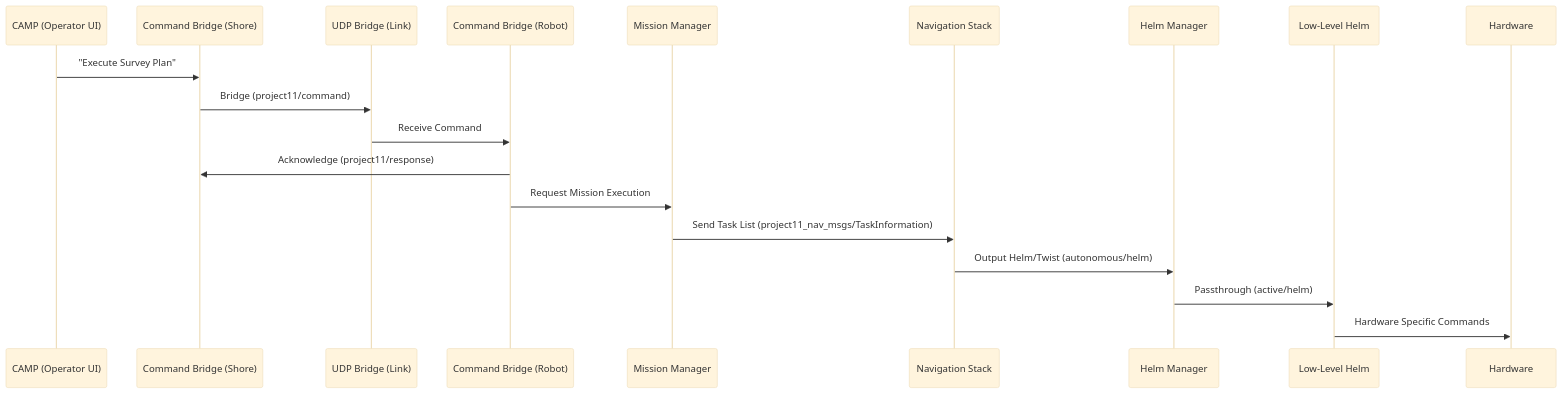
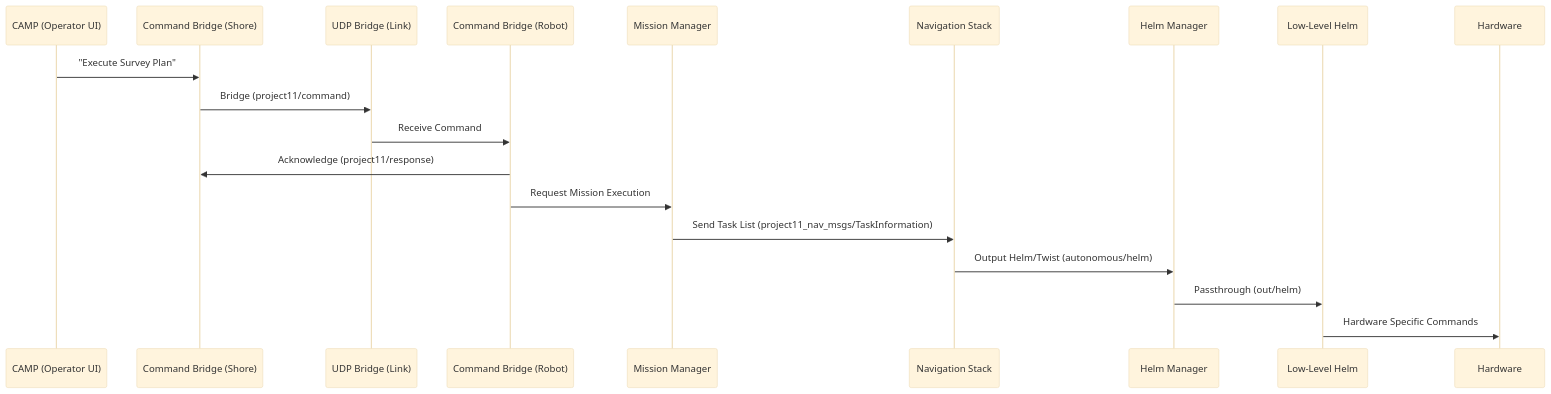
Before and after one commit to rolker/unh_marine_autonomy: the first of 2 diagrams in marine_autonomy/docs/system_architecture.md, drawn with Mermaid (base theme).

````diff
--- a/marine_autonomy/docs/system_architecture.md
+++ b/marine_autonomy/docs/system_architecture.md
@@ -24,22 +24,22 @@
 ```mermaid
 sequenceDiagram
     participant UI as CAMP (Operator UI)
     participant CB_S as Command Bridge (Shore)
     participant UDP as UDP Bridge (Link)
     participant CB_R as Command Bridge (Robot)
     participant MM as Mission Manager
     participant Nav as Navigation Stack
     participant HM as Helm Manager
     participant LL as Low-Level Helm
     participant HW as Hardware
 
     UI->>CB_S: "Execute Survey Plan"
     CB_S->>UDP: Bridge (project11/command)
     UDP->>CB_R: Receive Command
     CB_R->>CB_S: Acknowledge (project11/response)
     CB_R->>MM: Request Mission Execution
     MM->>Nav: Send Task List (project11_nav_msgs/TaskInformation)
     Nav->>HM: Output Helm/Twist (autonomous/helm)
-    HM->>LL: Passthrough (active/helm)
+    HM->>LL: Passthrough (out/helm)
     LL->>HW: Hardware Specific Commands
 ```
````
